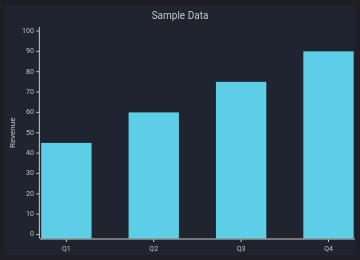
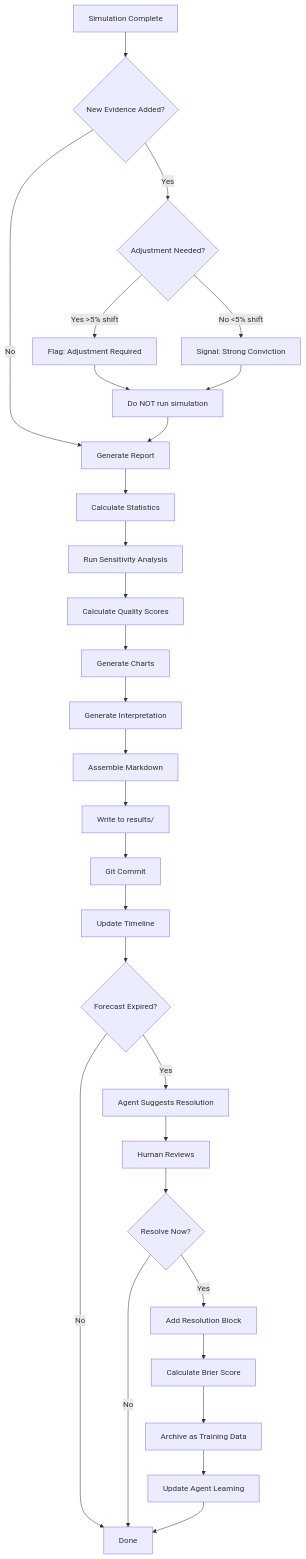
One commit to Replicant-Partners/fermi changed the diagram in rendered_output/charts/diagram-0.mmd. Above: the diagram before and after it, drawn with Mermaid. The commit also changed 10 other files, not shown here.

```diff
--- a/rendered_output/charts/diagram-0.mmd
+++ b/rendered_output/charts/diagram-0.mmd
@@ -1,35 +1,58 @@
 %%{
   init: {
-    'theme': 'dark',
+    'theme': 'base',
     'themeVariables': {
-      'darkMode': 'true',
-      'background': '#1F2430',
       'primaryColor': '#5CCFE6',
       'primaryTextColor': '#CBCCC6',
       'primaryBorderColor': '#5C6773',
       'lineColor': '#FFCC66',
       'secondaryColor': '#BAE67E',
       'tertiaryColor': '#FFAE57',
+      'background': '#1F2430',
+      'mainBkg': '#1F2430',
+      'secondBkg': '#1F2430',
+      'tertiaryBkg': '#1F2430',
       'textColor': '#CBCCC6',
-      'fontSize': '14px',
-      'xyChart': {
-        'backgroundColor': '#1F2430',
-        'titleColor': '#CBCCC6',
-        'xAxisLabelColor': '#CBCCC6',
-        'xAxisTitleColor': '#CBCCC6',
-        'xAxisTickColor': '#CBCCC6',
-        'xAxisLineColor': '#CBCCC6',
-        'yAxisLabelColor': '#CBCCC6',
-        'yAxisTitleColor': '#CBCCC6',
-        'yAxisTickColor': '#CBCCC6',
-        'yAxisLineColor': '#CBCCC6',
-        'plotColorPalette': '#5CCFE6, #BAE67E, #FFCC66, #FFAE57'
-      }
+      'border1': '#5C6773',
+      'border2': '#5C6773',
+      'arrowheadColor': '#FFCC66',
+      'fontFamily': 'ui-monospace, "Cascadia Code", "Source Code Pro", Menlo, Consolas, "DejaVu Sans Mono", monospace',
+      'fontSize': '14px'
     }
   }
-}%%
-xychart-beta
-  title "Sample Data"
-  x-axis ["Q1", "Q2", "Q3", "Q4"]
-  y-axis "Revenue" 0 --> 100
-  bar [45, 60, 75, 90]
+}%%flowchart TD
+    A[Simulation Complete] --> B{New Evidence Added?}
+    B -->|Yes| C{Adjustment Needed?}
+    B -->|No| D[Generate Report]
+    
+    C -->|Yes >5% shift| E[Flag: Adjustment Required]
+    C -->|No <5% shift| F[Signal: Strong Conviction]
+    
+    E --> G[Do NOT run simulation]
+    F --> G
+    
+    G --> D
+    
+    D --> H[Calculate Statistics]
+    H --> I[Run Sensitivity Analysis]
+    I --> J[Calculate Quality Scores]
+    J --> K[Generate Charts]
+    K --> L[Generate Interpretation]
+    L --> M[Assemble Markdown]
+    M --> N[Write to results/]
+    N --> O[Git Commit]
+    O --> P[Update Timeline]
+    
+    P --> Q{Forecast Expired?}
+    Q -->|Yes| R[Agent Suggests Resolution]
+    Q -->|No| S[Done]
+    
+    R --> T[Human Reviews]
+    T --> U{Resolve Now?}
+    U -->|Yes| V[Add Resolution Block]
+    U -->|No| S
+    
+    V --> W[Calculate Brier Score]
+    W --> X[Archive as Training Data]
+    X --> Y[Update Agent Learning]
+    Y --> S
```
